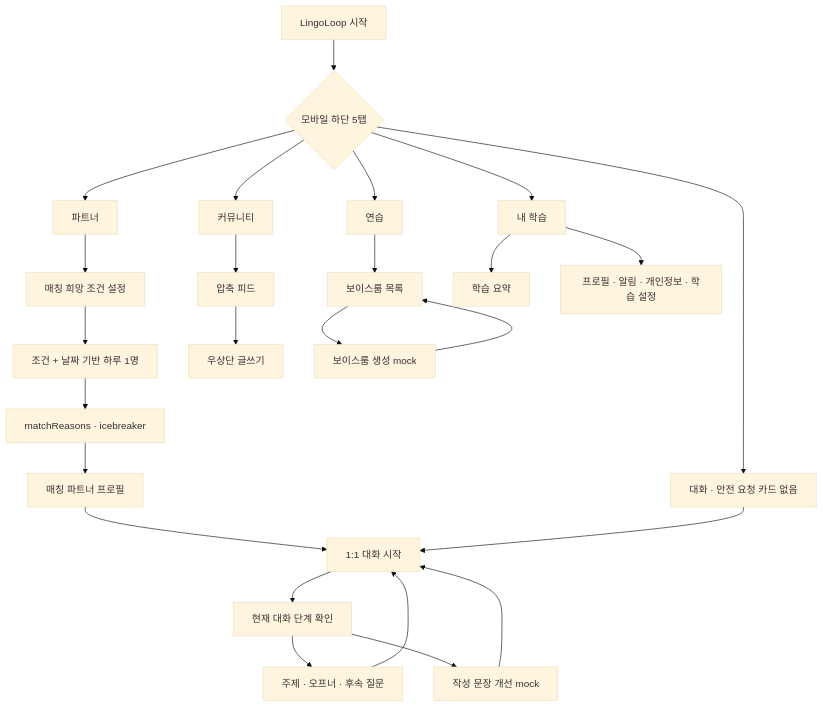
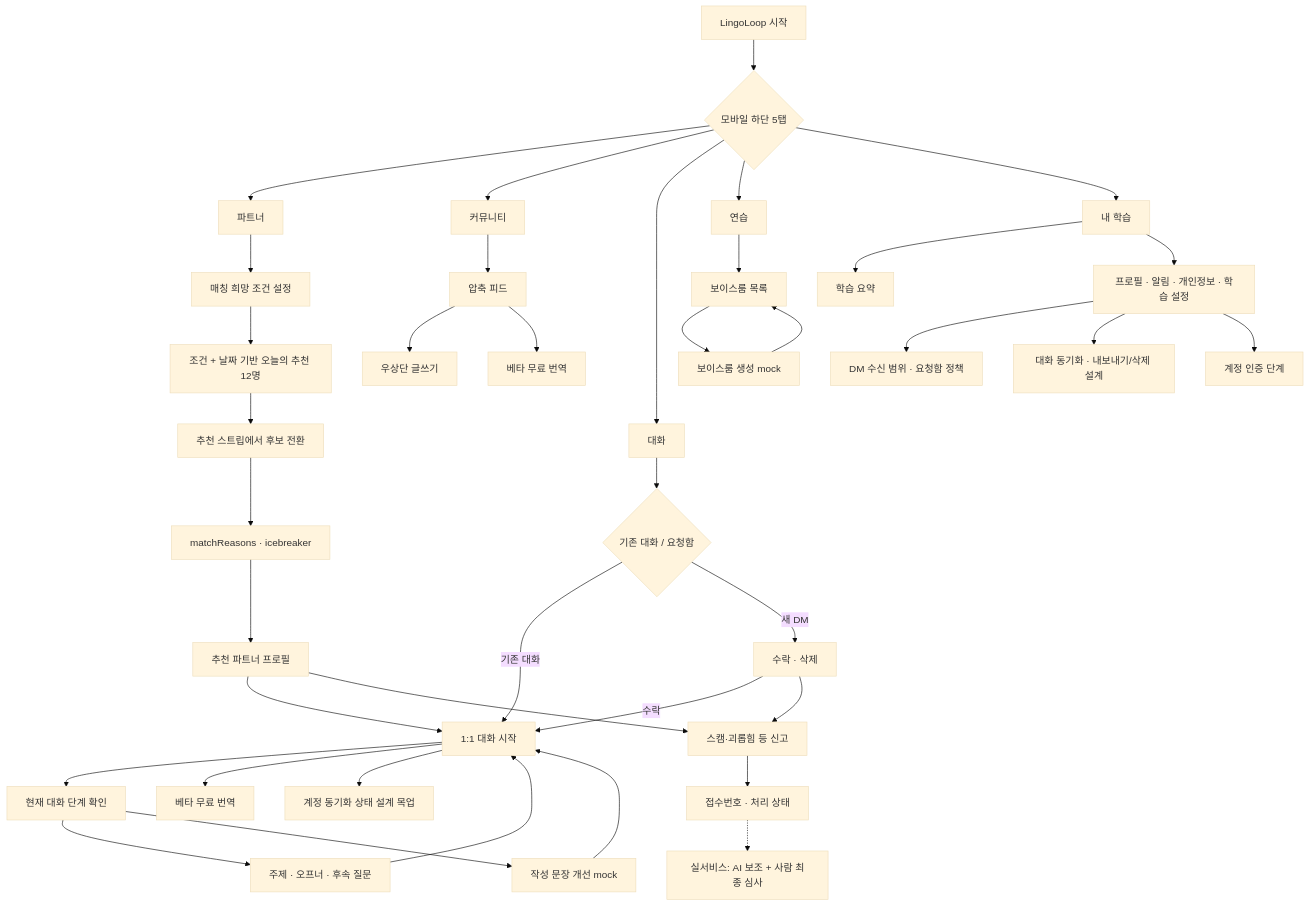
The second of 2 diagrams in README.md (Docile1115/lingoloop-web-mock), drawn with Mermaid (base theme) before and after one commit. The commit also changed other lines of this file and 7 other files, not shown here.

````diff
--- a/README.md
+++ b/README.md
@@ -153,32 +173,47 @@
 ```mermaid
 flowchart TD
     Start["LingoLoop 시작"] --> Home{"모바일 하단 5탭"}
 
     Home --> Partners["파트너"]
     Partners --> Preferences["매칭 희망 조건 설정"]
-    Preferences --> Daily["조건 + 날짜 기반 하루 1명"]
-    Daily --> Reasons["matchReasons · icebreaker"]
-    Reasons --> Profile["매칭 파트너 프로필"]
+    Preferences --> Daily["조건 + 날짜 기반 오늘의 추천 12명"]
+    Daily --> Cards["추천 스트립에서 후보 전환"]
+    Cards --> Reasons["matchReasons · icebreaker"]
+    Reasons --> Profile["추천 파트너 프로필"]
     Profile --> Conversation["1:1 대화 시작"]
 
     Home --> Community["커뮤니티"]
     Community --> CompactFeed["압축 피드"]
     CompactFeed --> Compose["우상단 글쓰기"]
+    CompactFeed --> FeedTranslate["베타 무료 번역"]
 
-    Home --> Chats["대화 · 안전 요청 카드 없음"]
-    Chats --> Conversation
+    Home --> Chats["대화"]
+    Chats --> Inbox{"기존 대화 / 요청함"}
+    Inbox -->|"기존 대화"| Conversation
+    Inbox -->|"새 DM"| RequestReview["수락 · 삭제"]
+    RequestReview -->|"수락"| Conversation
     Conversation --> CoachStep["현재 대화 단계 확인"]
     CoachStep --> CoachIdeas["주제 · 오프너 · 후속 질문"]
     CoachStep --> Improve["작성 문장 개선 mock"]
     CoachIdeas --> Conversation
     Improve --> Conversation
+    Conversation --> ChatTranslate["베타 무료 번역"]
+    Conversation --> SyncState["계정 동기화 상태 설계 목업"]
 
     Home --> Practice["연습"]
     Practice --> RoomList["보이스룸 목록"]
     RoomList --> CreateRoom["보이스룸 생성 mock"]
     CreateRoom --> RoomList
 
     Home --> Learning["내 학습"]
     Learning --> Summary["학습 요약"]
     Learning --> Settings["프로필 · 알림 · 개인정보 · 학습 설정"]
+    Settings --> DmPolicy["DM 수신 범위 · 요청함 정책"]
+    Settings --> DataControl["대화 동기화 · 내보내기/삭제 설계"]
+    Settings --> Verification["계정 인증 단계"]
+
+    Profile --> Report["스캠·괴롭힘 등 신고"]
+    RequestReview --> Report
+    Report --> Receipt["접수번호 · 처리 상태"]
+    Receipt -.-> HumanReview["실서비스: AI 보조 + 사람 최종 심사"]
 ```
````
